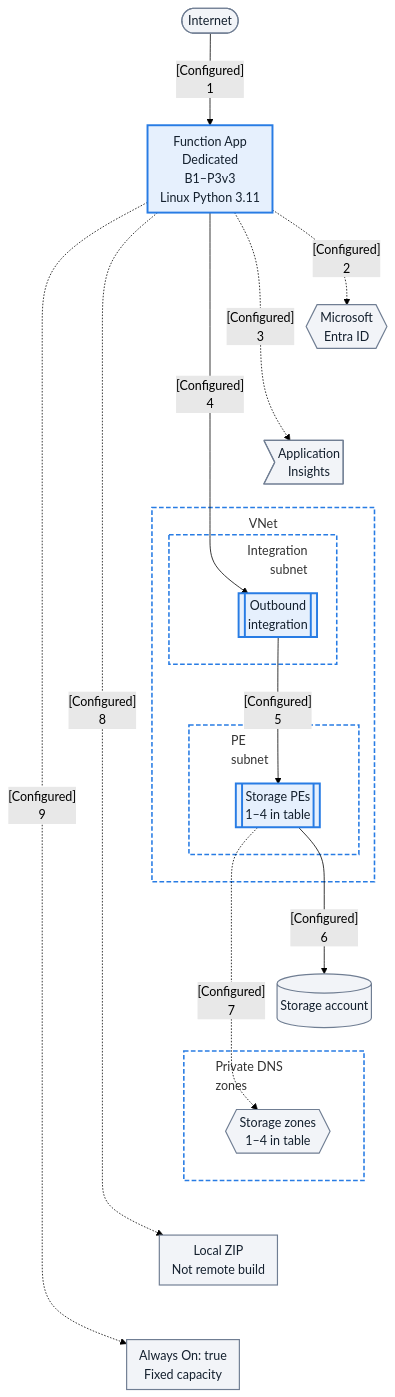
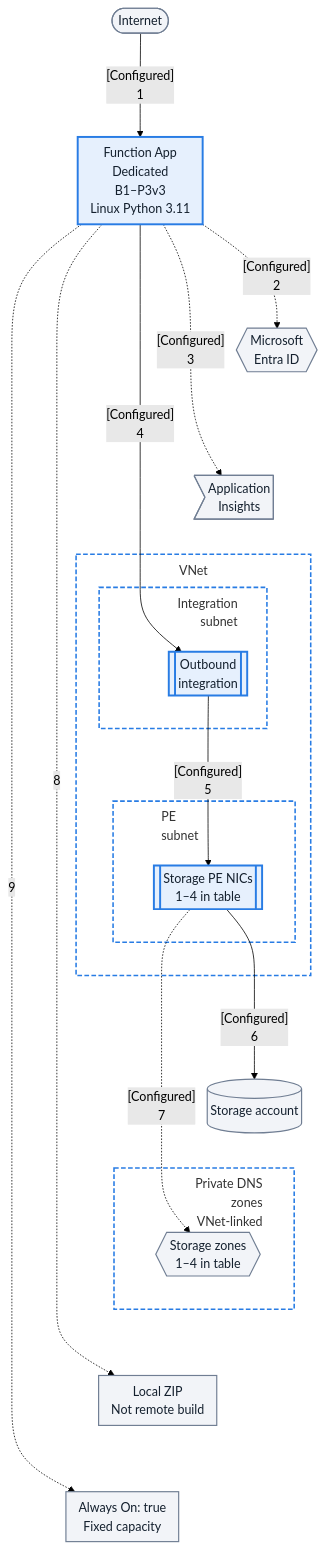
One commit to yeongseon/azure-functions-practical-guide changed the first of 2 diagrams in docs/language-guides/python/tutorial/dedicated/05-infrastructure-as-code.md. Above: the diagram before and after it, drawn with Mermaid (forest theme). The commit also changed other lines of this file and 4 other files, not shown here.

Commit message:
docs(diagrams): clear title crossings in Python infrastructure tutorial topologies (#613)

````diff
--- a/docs/language-guides/python/tutorial/dedicated/05-infrastructure-as-code.md
+++ b/docs/language-guides/python/tutorial/dedicated/05-infrastructure-as-code.md
@@ -84,38 +86,38 @@
 ```mermaid
-%%{init: {'flowchart': {'nodeSpacing': 10, 'rankSpacing': 70, 'padding': 8, 'subGraphTitleMargin': {'top': 8, 'bottom': 32}}}}%%
+%%{init: {'flowchart': {'nodeSpacing': 10, 'rankSpacing': 85, 'padding': 8, 'subGraphTitleMargin': {'top': 8, 'bottom': 32}}}}%%
 flowchart TD
     accTitle: Python Dedicated app and optional private storage topology
-    accDescr: Linux Python 3.11 and B1 describe the standalone example; the repository template defaults to S1. Optional outbound integration reaches four storage private endpoints; the app is not inside that subnet. Identity and DNS associations are configuration, not data transit or deployment proof. Public HTTPS is conditional when a site private endpoint exists.
+    accDescr: Private endpoints are network interfaces in the PE subnet and Private DNS zones are VNet-linked. Linux Python 3.11 and B1 describe the standalone example; the repository template defaults to S1. Optional outbound integration reaches four storage private endpoints; the app is not inside that subnet. Identity and DNS associations are configuration, not data transit or deployment proof. Public HTTPS is conditional when a site private endpoint exists.
     INET([Internet]) -->|"[Configured]<br/>1"| FA["Function App<br/>Dedicated<br/>B1–P3v3<br/>Linux Python 3.11"]
     FA -.->|"[Configured]<br/>2"| ENTRA{{"Microsoft<br/>Entra ID"}}
     FA -.->|"[Configured]<br/>3"| AI>"Application<br/>Insights"]
     FA -->|"[Configured]<br/>4"| INT
     subgraph VNET["VNet"]
         subgraph INT_SUB["<div style='width:140px;text-align:right'>Integration<br/>subnet</div>"]
             INT[["Outbound<br/>integration"]]
         end
         subgraph PE_SUB["<div style='width:110px;text-align:left'>PE<br/>subnet</div>"]
-            PE[["Storage PEs<br/>1–4 in table"]]
+            PE[["Storage PE NICs<br/>1–4 in table"]]
         end
     end
     INT -->|"[Configured]<br/>5"| PE
     PE -->|"[Configured]<br/>6"| ST[("Storage account")]
-    subgraph DNS["<div style='width:150px;text-align:left'>Private DNS<br/>zones</div>"]
+    subgraph DNS["<div style='width:150px;text-align:right'>Private DNS<br/>zones<br/>VNet-linked</div>"]
         ZONES{{"Storage zones<br/>1–4 in table"}}
     end
     PE -.->|"[Configured]<br/>7"| ZONES
-    FA -.->|"[Configured]<br/>8"| RFP["Local ZIP<br/>Not remote build"]
-    FA -.->|"[Configured]<br/>9"| ALWAYS_ON["Always On: true<br/>Fixed capacity"]
+    FA -.->|"8"| RFP["Local ZIP<br/>Not remote build"]
+    FA -.->|"9"| ALWAYS_ON["Always On: true<br/>Fixed capacity"]
     %% Layout-only tiers; add no data hops, operations or visible arrows.
     ENTRA ~~~ AI
     AI ~~~ INT
     ST ~~~ ZONES
     ZONES ~~~ RFP
     RFP ~~~ ALWAYS_ON
     classDef baseNeutral fill:#f2f4f8,stroke:#707e93,stroke-width:1.5px,color:#14202e;
     classDef focusActive fill:#e6f0fd,stroke:#287ce4,stroke-width:2.5px,color:#14202e;
     classDef netBox fill:transparent,stroke:#287ce4,stroke-width:2px,stroke-dasharray:6 3;
     class INET,ENTRA,AI,ST,ZONES,RFP,ALWAYS_ON baseNeutral;
     class FA,INT,PE focusActive;
     class VNET,INT_SUB,PE_SUB,DNS netBox;
 ```
````
